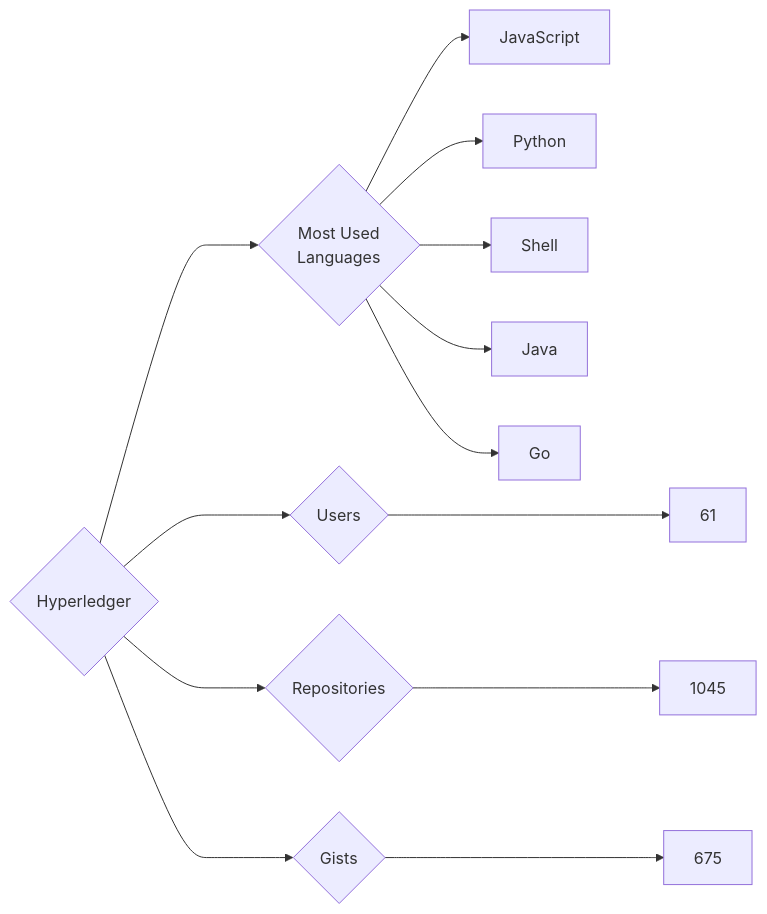
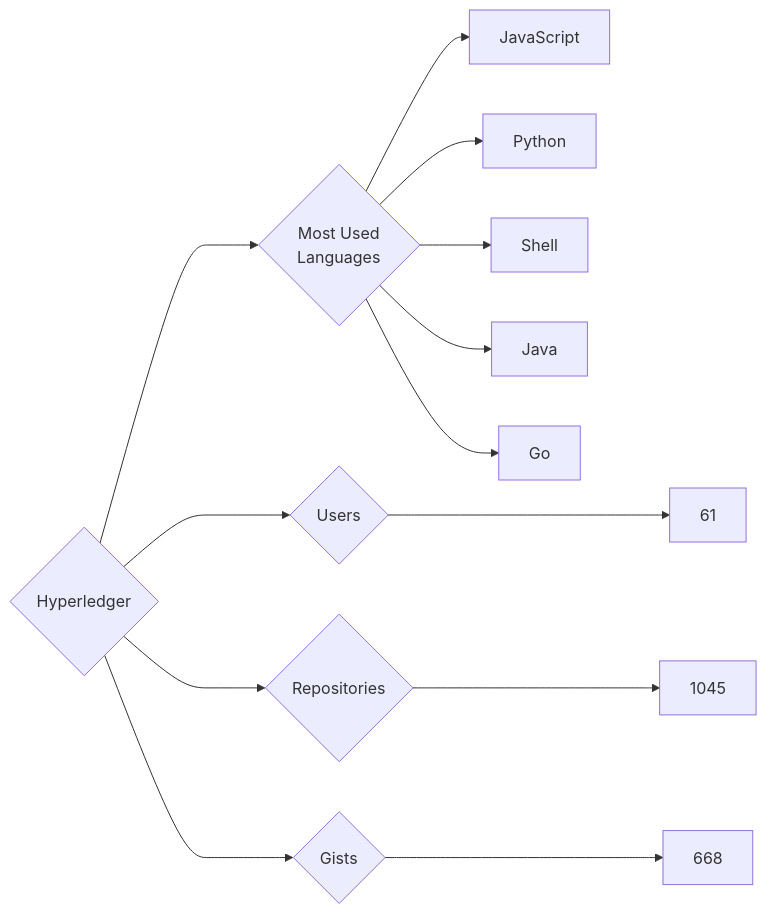
The diagram in targets/Hyperledger/README.md (trickest/insiders), drawn with Mermaid before and after one commit. The commit also changed 772 other files, not shown here.

````diff
--- a/targets/Hyperledger/README.md
+++ b/targets/Hyperledger/README.md
@@ -3,13 +3,13 @@
 ```mermaid
 graph LR
 COMPANY_NAME{Hyperledger}
 COMPANY_NAME ---> U{Users} ---> UN[61]
 COMPANY_NAME ---> R{Repositories} ---> RN[1045]
-COMPANY_NAME ---> G{Gists} ---> GN[675]
+COMPANY_NAME ---> G{Gists} ---> GN[668]
 COMPANY_NAME ---> ML{Most Used<br>Languages}
 ML --> JavaScript[JavaScript]
 ML --> Python[Python]
 ML --> Shell[Shell]
 ML --> Java[Java]
 ML --> Go[Go]
 ```
````
